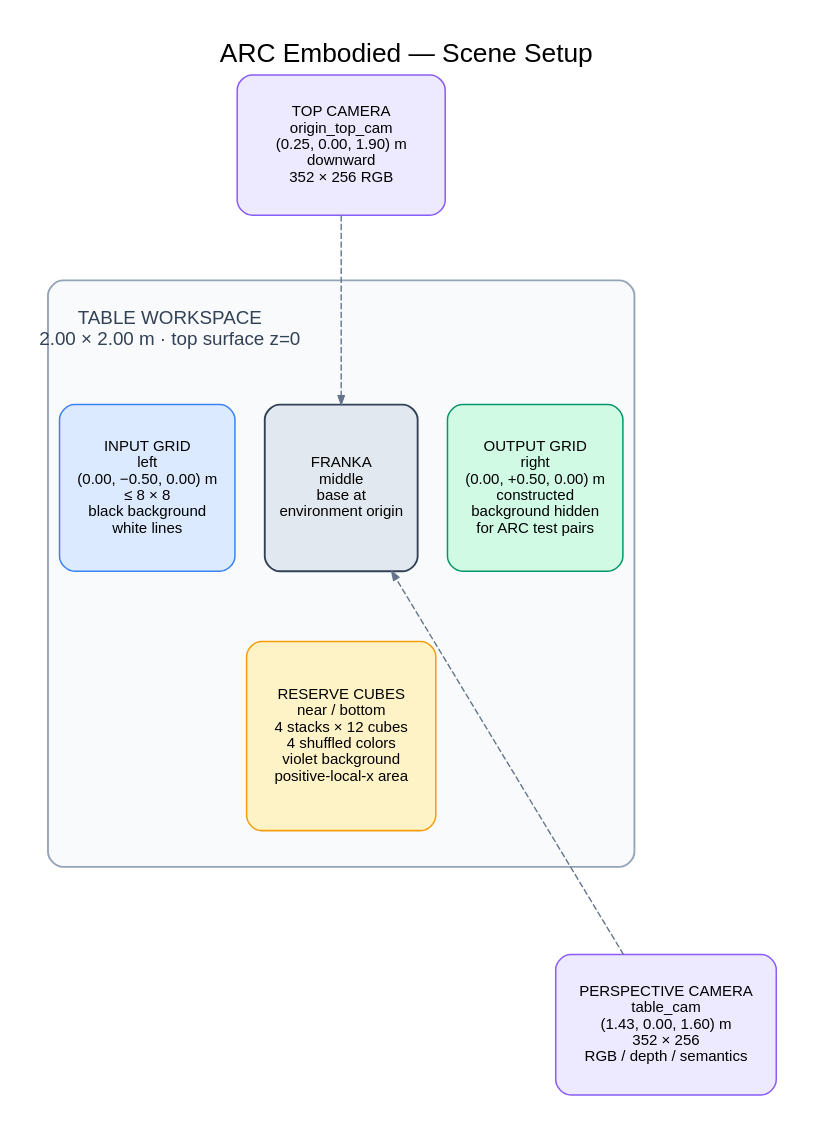
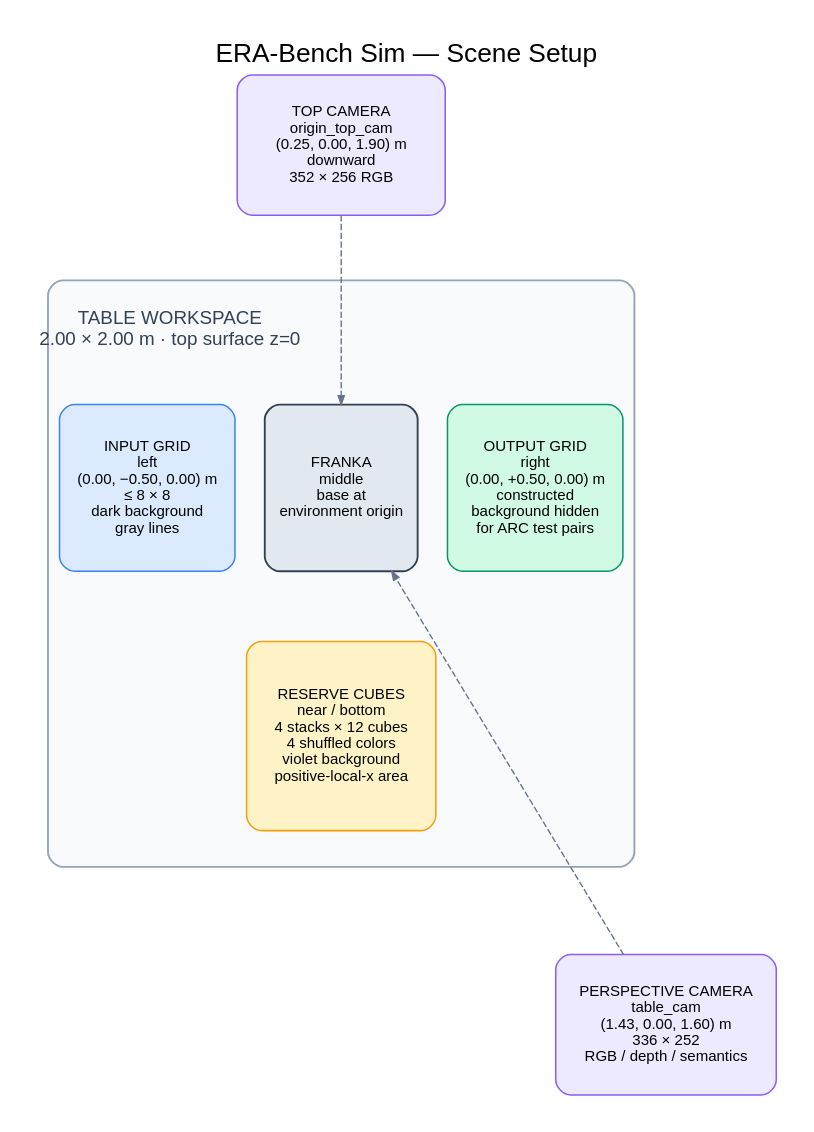
The diagram in source/era_bench/docs/architecture/arc_embodied_scene_setup.dot (nardo7/era_bench), drawn with Graphviz before and after one commit. The commit also changed 35 other files, not shown here.

First line of the commit message:
Calibrate ERA-Bench scene visuals and grid resets (#2)

```diff
--- a/source/era_bench/docs/architecture/arc_embodied_scene_setup.dot
+++ b/source/era_bench/docs/architecture/arc_embodied_scene_setup.dot
@@ -1,121 +1,121 @@
 digraph ArcEmbodiedSceneSetup {
   graph [
-    label="ARC Embodied — Scene Setup",
+    label="ERA-Bench Sim — Scene Setup",
     labelloc=t,
     fontsize=21,
     fontname="Arial",
     layout=neato,
     overlap=true,
     splines=polyline,
     outputorder=nodesfirst,
     bgcolor="white",
     pad=0.30
   ];
 
   node [
     shape=box,
     style="rounded,filled",
     fontname="Arial",
     fontsize=12,
     color="#334155",
     penwidth=1.2,
     margin="0.17,0.11",
     pin=true
   ];
 
   edge [
     color="#64748B",
     fontname="Arial",
     fontsize=10.5,
     arrowsize=0.7,
     penwidth=1.1
   ];
 
   table_surface [
     label="",
     shape=box,
     style="rounded,filled",
     fixedsize=true,
     width=6.5,
     height=6.5,
     fillcolor="#F8FAFC",
     color="#94A3B8",
     penwidth=1.5,
     pos="0,0!"
   ];
 
   table_label [
     label="TABLE WORKSPACE\n2.00 × 2.00 m · top surface z=0",
     shape=plain,
     style="",
     margin=0,
     fontname="Arial",
     fontsize=15,
     fontcolor="#334155",
     pos="-1.90,2.70!"
   ];
 
   input [
-    label="INPUT GRID\nleft\n(0.00, −0.50, 0.00) m\n≤ 8 × 8\nblack background\nwhite lines",
+    label="INPUT GRID\nleft\n(0.00, −0.50, 0.00) m\n≤ 8 × 8\ndark background\ngray lines",
     fillcolor="#DBEAFE",
     color="#3B82F6",
     fixedsize=true,
     width=1.95,
     height=1.85,
     pos="-2.15,0.95!"
   ];
 
   robot [
     label="FRANKA\nmiddle\nbase at\nenvironment origin",
     fillcolor="#E2E8F0",
     penwidth=1.5,
     fixedsize=true,
     width=1.70,
     height=1.85,
     pos="0,0.95!"
   ];
 
   output [
     label="OUTPUT GRID\nright\n(0.00, +0.50, 0.00) m\nconstructed\nbackground hidden\nfor ARC test pairs",
     fillcolor="#D1FAE5",
     color="#059669",
     fixedsize=true,
     width=1.95,
     height=1.85,
     pos="2.15,0.95!"
   ];
 
   reserve [
     label="RESERVE CUBES\nnear / bottom\n4 stacks × 12 cubes\n4 shuffled colors\nviolet background\npositive-local-x area",
     fillcolor="#FEF3C7",
     color="#F59E0B",
     fixedsize=true,
     width=2.10,
     height=2.10,
     pos="0,-1.80!"
   ];
 
   top_cam [
     label="TOP CAMERA\norigin_top_cam\n(0.25, 0.00, 1.90) m\ndownward\n352 × 256 RGB",
     fillcolor="#EDE9FE",
     color="#8B5CF6",
     fixedsize=true,
     width=2.30,
     height=1.55,
     pos="0,4.75!"
   ];
 
   perspective_cam [
-    label="PERSPECTIVE CAMERA\ntable_cam\n(1.43, 0.00, 1.60) m\n352 × 256\nRGB / depth / semantics",
+    label="PERSPECTIVE CAMERA\ntable_cam\n(1.43, 0.00, 1.60) m\n336 × 252\nRGB / depth / semantics",
     fillcolor="#EDE9FE",
     color="#8B5CF6",
     fixedsize=true,
     width=2.45,
     height=1.55,
     pos="3.60,-5.00!"
   ];
 
   top_cam -> robot [style=dashed];
 
   perspective_cam -> robot [style=dashed];
 }
```
